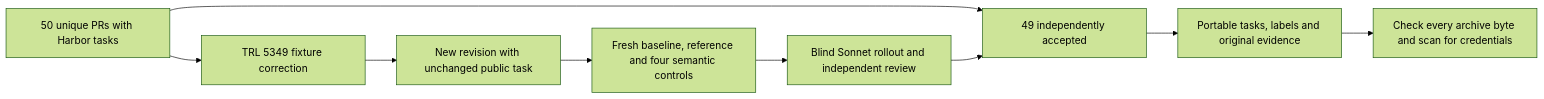
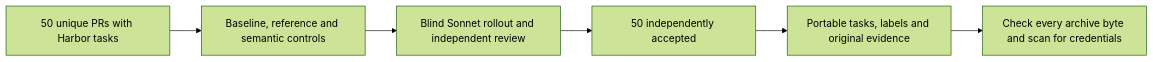
Before and after one commit to huggingface/Repo2RLEnv: the first of 2 diagrams in docs/pipelines/tasksmith_scale50.md, drawn with Mermaid (forest theme). The commit also changed other lines of this file and 1 other file, not shown here.

Commit message:
docs(tasksmith): record fifty independently accepted PR tasks

````diff
--- a/docs/pipelines/tasksmith_scale50.md
+++ b/docs/pipelines/tasksmith_scale50.md
@@ -26,11 +43,8 @@
 ```mermaid
 flowchart LR
-    G[50 unique PRs with Harbor tasks] --> A[49 independently accepted]
-    G --> H[TRL 5349 fixture correction]
-    H --> R[New revision with unchanged public task]
-    R --> C[Fresh baseline, reference and four semantic controls]
+    G[50 unique PRs with Harbor tasks] --> C[Baseline, reference and semantic controls]
     C --> S[Blind Sonnet rollout and independent review]
-    S --> A
+    S --> A[50 independently accepted]
     A --> D[Portable tasks, labels and original evidence]
     D --> V[Check every archive byte and scan for credentials]
 ```
````
